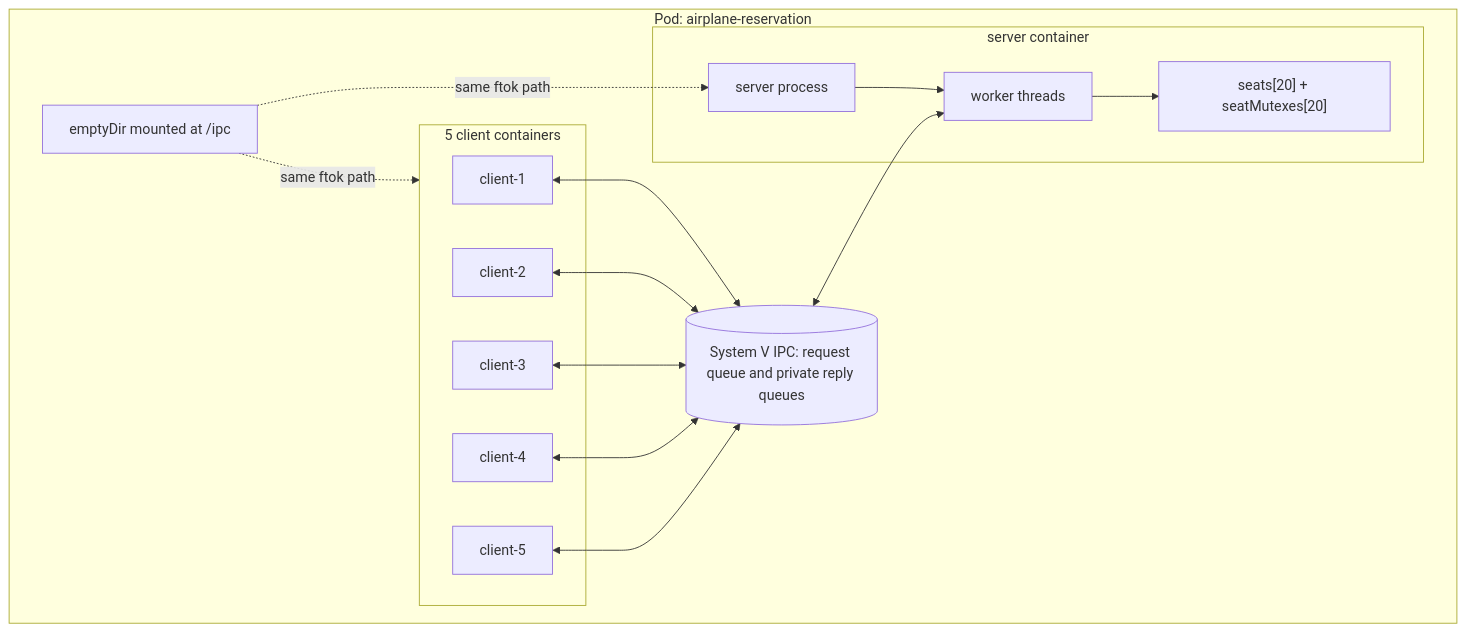
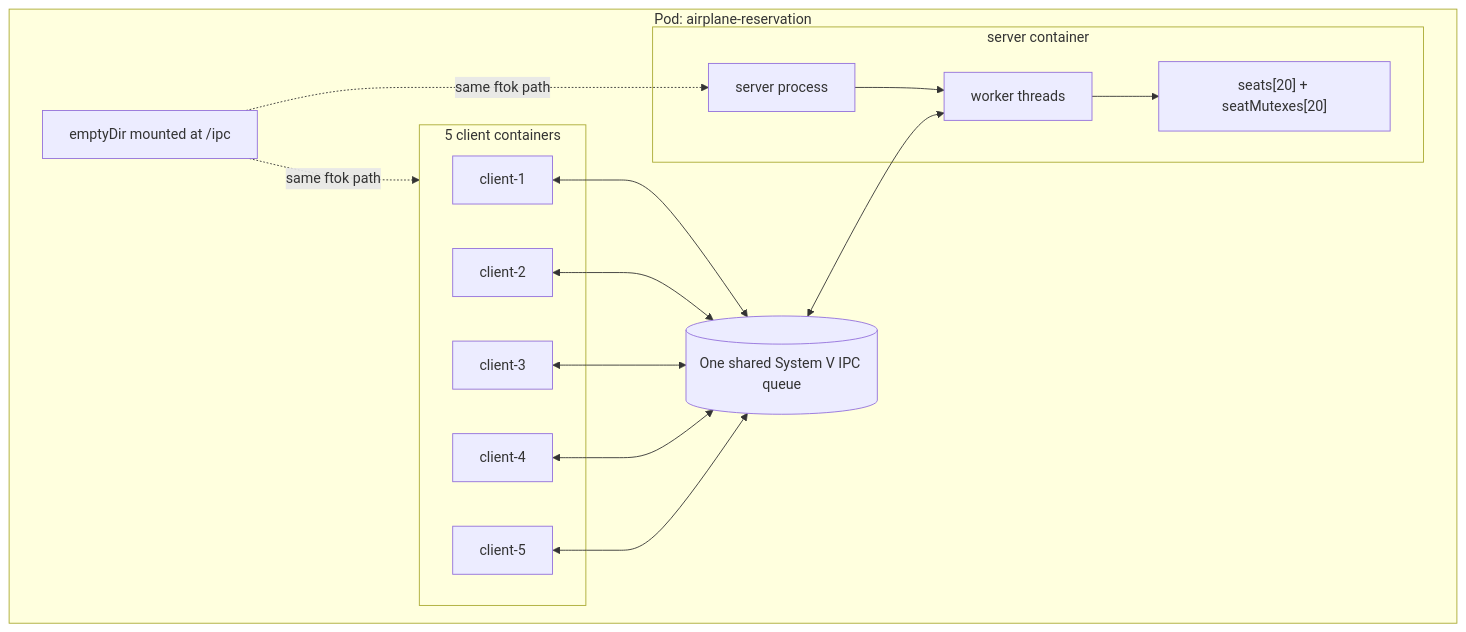
Before and after one commit to vixvify/airplane-booking: the second of 5 diagrams in docs/architecture.md, drawn with Mermaid. The commit also changed other lines of this file and 8 other files, not shown here.

Commit message:
Remove reply queue IPC flow

````diff
--- a/docs/architecture.md
+++ b/docs/architecture.md
@@ -46,31 +45,31 @@
 ```mermaid
 flowchart TB
     subgraph Pod["Pod: airplane-reservation"]
         subgraph ServerContainer["server container"]
             Server["server process"]
             WorkerPool["worker threads"]
             SeatState["seats[20] + seatMutexes[20]"]
             Server --> WorkerPool --> SeatState
         end
 
         subgraph ClientContainers["5 client containers"]
             C1["client-1"]
             C2["client-2"]
             C3["client-3"]
             C4["client-4"]
             C5["client-5"]
         end
 
-        Queue[("System V IPC: request queue and private reply queues")]
+        Queue[("One shared System V IPC queue")]
         SharedPath["emptyDir mounted at /ipc"]
 
         C1 <--> Queue
         C2 <--> Queue
         C3 <--> Queue
         C4 <--> Queue
         C5 <--> Queue
         Queue <--> WorkerPool
         SharedPath -. same ftok path .-> Server
         SharedPath -. same ftok path .-> ClientContainers
     end
 ```
````
